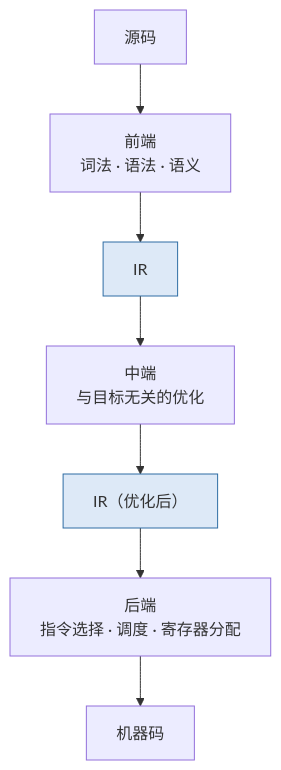
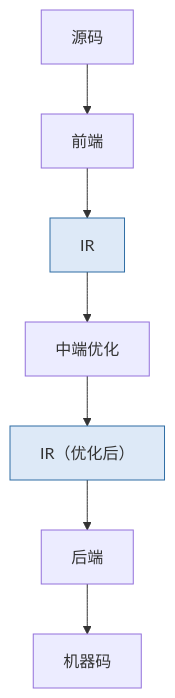
One commit to arganzheng/arganzheng.github.com changed the second of 3 diagrams in slides/2026-12-04-ml-compilers.md. Above: the diagram before and after it, drawn with Mermaid. The commit also changed other lines of this file, not shown here.

Commit message:
slides/ml-compilers: cut/shorten mermaid diagrams below 14px rendered text (check-render smalltext/overlap)

````diff
--- a/slides/2026-12-04-ml-compilers.md
+++ b/slides/2026-12-04-ml-compilers.md
@@ -58,7 +58,7 @@
 ```mermaid
 %%{init: {"flowchart": {"wrappingWidth": 260}}}%%
 flowchart TB
-    src["源码"] --> fe["前端<br/>词法 · 语法 · 语义"] --> ir1["IR"] --> me["中端<br/>与目标无关的优化"] --> ir2["IR（优化后）"] --> be["后端<br/>指令选择 · 调度 · 寄存器分配"] --> mc["机器码"]
+    src["源码"] --> fe["前端"] --> ir1["IR"] --> me["中端优化"] --> ir2["IR（优化后）"] --> be["后端"] --> mc["机器码"]
     classDef ir fill:#dde9f7,stroke:#2e6da4
     class ir1,ir2 ir
 ```
````
